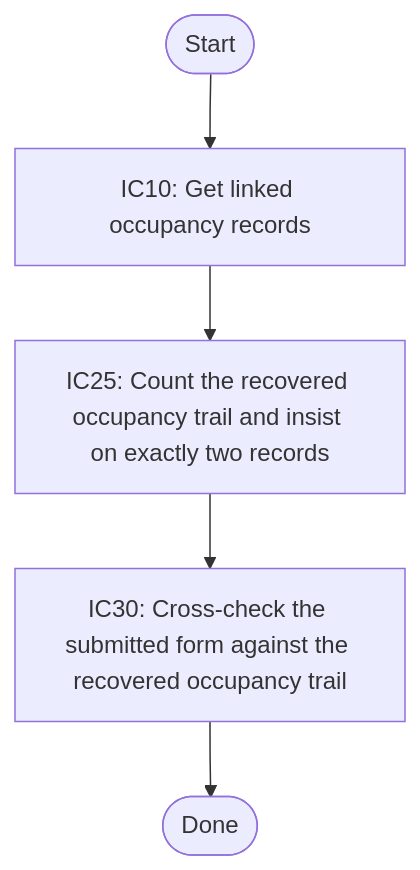
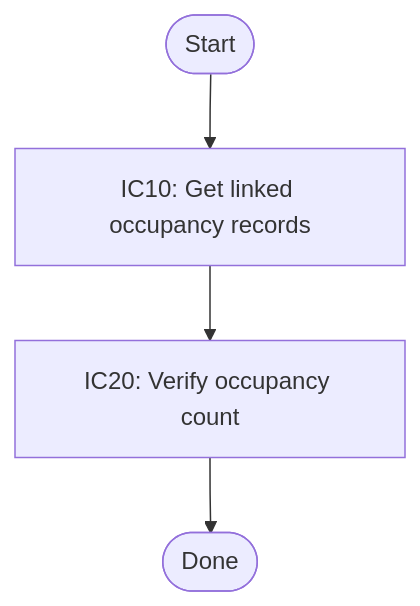
One commit to mikko-apo/structured-flow changed the first of 2 diagrams in README.md. Above: the diagram before and after it, drawn with Mermaid. The commit also changed other lines of this file and 11 other files, not shown here.

````diff
--- a/README.md
+++ b/README.md
@@ -528,18 +29,16 @@
 ```mermaid
 flowchart TD
   start([Start])
   step_0["IC10: Get linked occupancy records"]
   step_0 --> step_1
-  step_1["IC25: Count the recovered occupancy trail and insist on exactly two records"]
-  step_1 --> step_2
-  step_2["IC30: Cross-check the submitted form against the recovered occupancy trail"]
-  step_2 --> done
+  step_1["IC20: Verify occupancy count"]
+  step_1 --> done
   done([Done])
   start --> step_0
   classDef executed fill:#e8f1ff,stroke:#1d4ed8,stroke-width:2px
   classDef success fill:#ecfdf5,stroke:#16a34a,stroke-width:2px
   classDef complete fill:#f0fdf4,stroke:#15803d,stroke-width:2px
   classDef failure fill:#fef2f2,stroke:#dc2626,stroke-width:2px
   classDef neutral fill:#f8fafc,stroke:#94a3b8,stroke-dasharray: 4 2
   classDef join fill:#f8fafc,stroke:#94a3b8,stroke-width:1px,color:#475569
 ```
````
